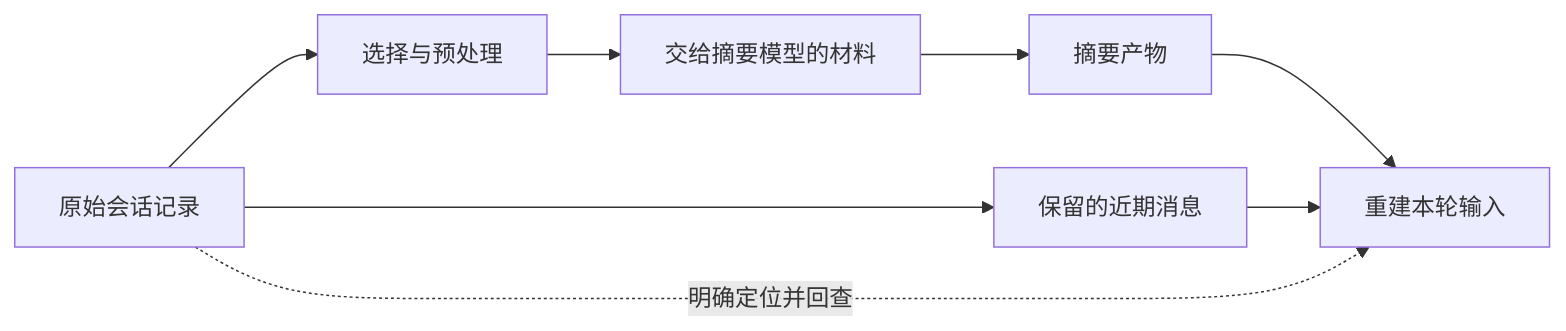
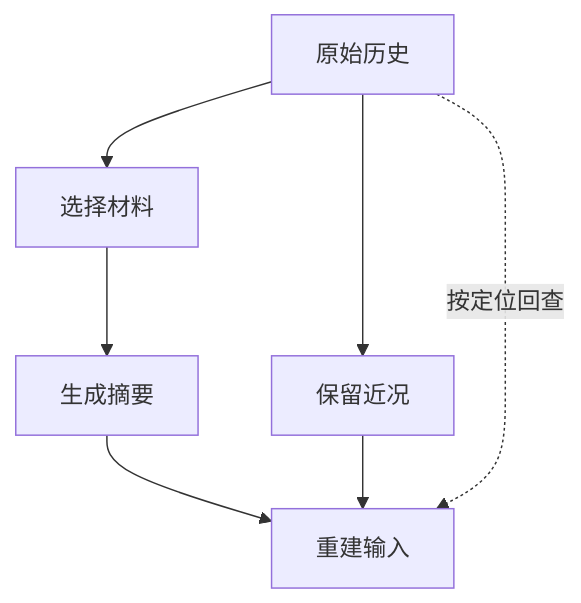
The diagram in book/18-context-compaction.md (Mar-garet/agent-book), drawn with Mermaid before and after one commit. The commit also changed other lines of this file and 47 other files, not shown here.

````diff
--- a/book/18-context-compaction.md
+++ b/book/18-context-compaction.md
@@ -24,11 +15,10 @@
 ```mermaid
-%% 图 1：信息需要依次穿过选择、摘要和请求重建
-flowchart LR
-    A[原始会话记录] --> B[选择与预处理]
-    B --> C[交给摘要模型的材料]
-    C --> D[摘要产物]
-    A --> E[保留的近期消息]
-    D --> F[重建本轮输入]
-    E --> F
-    A -.明确定位并回查.-> F
+%% 压缩前后的信息链
+flowchart TD
+    A[原始历史] --> B[选择材料]
+    B --> C[生成摘要]
+    C --> E[重建输入]
+    A --> D[保留近况]
+    D --> E
+    A -.按定位回查.-> E
 ```
````
